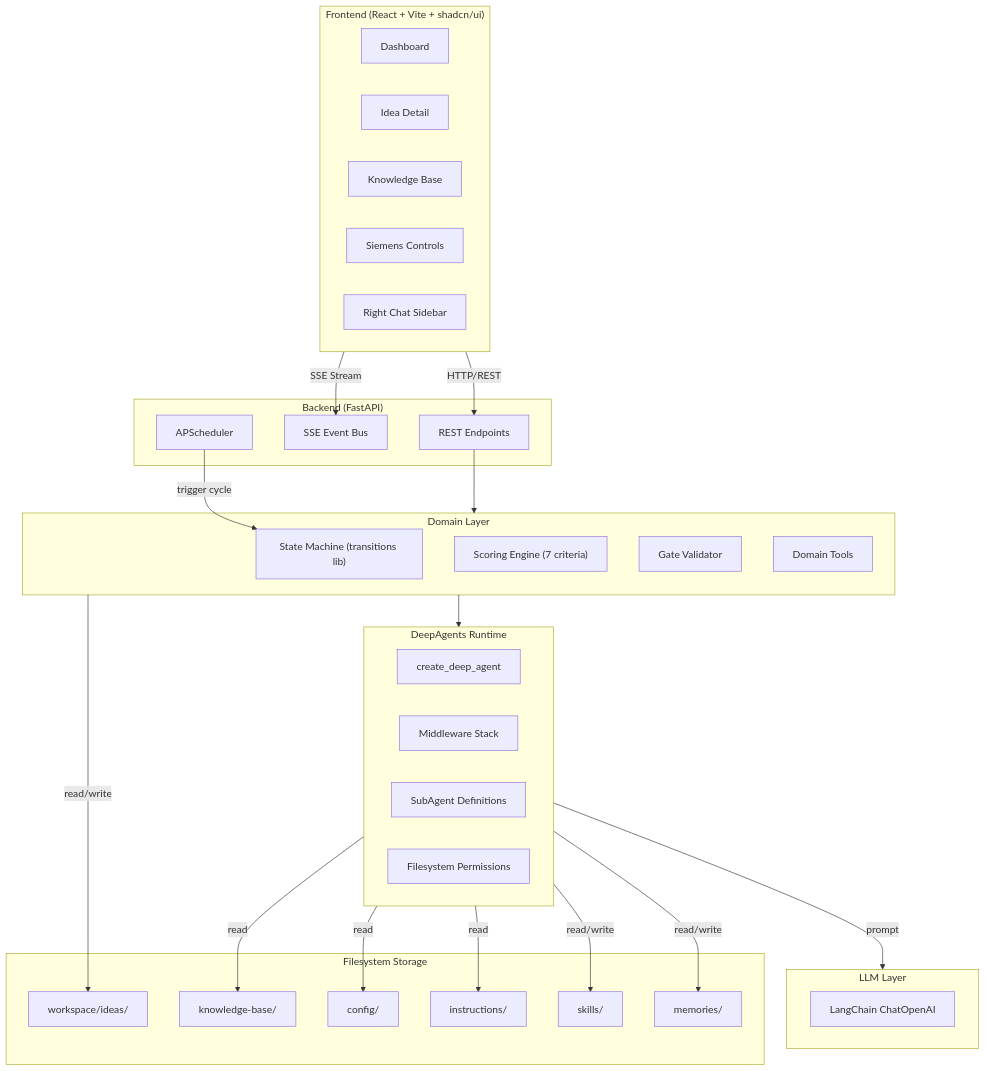
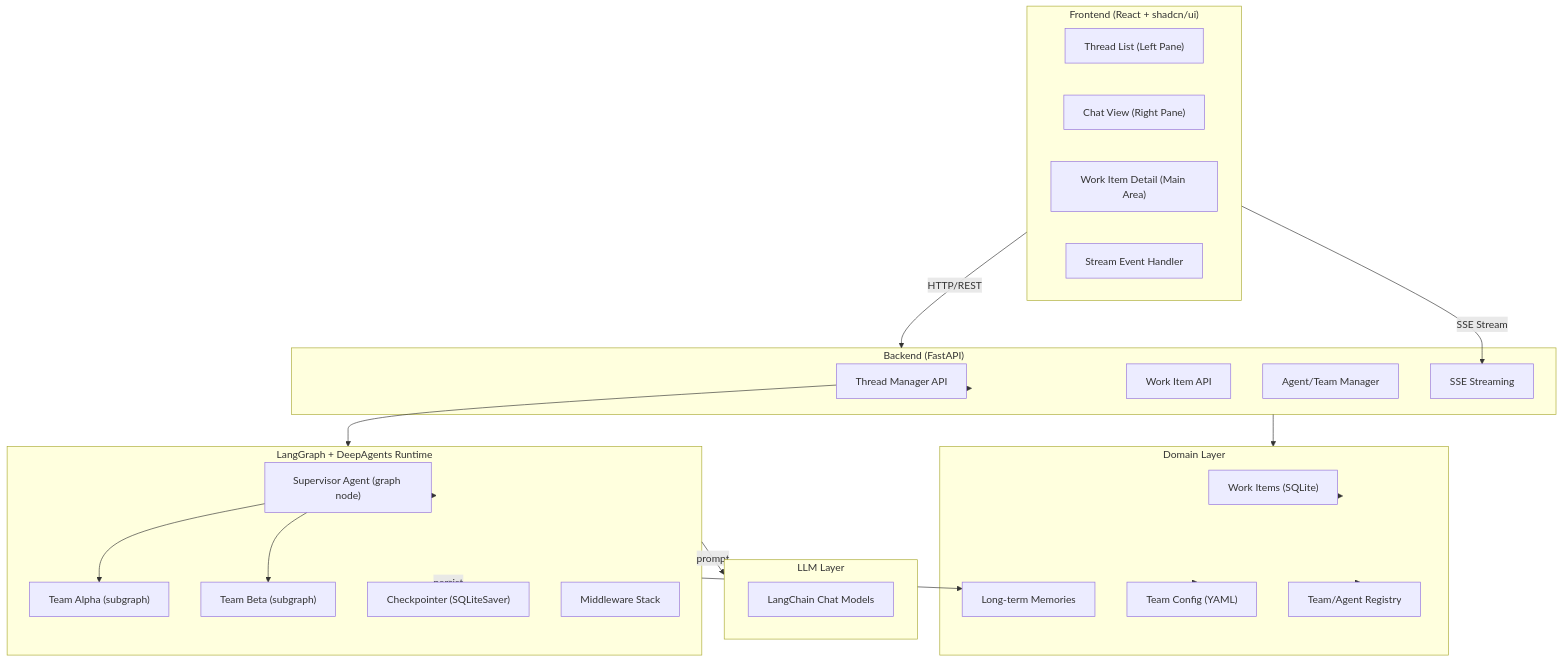
The first of 2 diagrams in docs/architecture.md (azharameen/group-run), drawn with Mermaid before and after one commit. The commit also changed other lines of this file and 2199 other files, not shown here.

````diff
--- a/docs/architecture.md
+++ b/docs/architecture.md
@@ -21,56 +33,50 @@
 ```mermaid
 graph TB
-    subgraph Frontend["Frontend (React + Vite + shadcn/ui)"]
-        Dashboard["Dashboard"]
-        IdeaDetail["Idea Detail"]
-        KB["Knowledge Base"]
-        SiemensCtrl["Siemens Controls"]
-        ChatSidebar["Right Chat Sidebar"]
+    subgraph Frontend["Frontend (React + shadcn/ui)"]
+        ThreadList["Thread List (Left Pane)"]
+        ChatView["Chat View (Right Pane)"]
+        WorkItemDetail["Work Item Detail (Main Area)"]
+        StreamHandler["Stream Event Handler"]
     end
 
     subgraph API["Backend (FastAPI)"]
-        REST["REST Endpoints"]
-        SSE["SSE Event Bus"]
-        Scheduler["APScheduler"]
+        ThreadAPI["Thread Manager API"]
+        WorkItemAPI["Work Item API"]
+        AgentTeamAPI["Agent/Team Manager"]
+        SSE["SSE Streaming"]
     end
 
-    subgraph Runtime["DeepAgents Runtime"]
-        DA["create_deep_agent"]
-        MW["Middleware Stack"]
-        SubAgents["SubAgent Definitions"]
-        Permissions["Filesystem Permissions"]
+    subgraph Graph["LangGraph + DeepAgents Runtime"]
+        Supervisor["Supervisor Agent (graph node)"]
+        TeamAlpha["Team Alpha (subgraph)"]
+        TeamBeta["Team Beta (subgraph)"]
+        Checkpointer["Checkpointer (SQLiteSaver)"]
+        Middleware["Middleware Stack"]
     end
 
     subgraph Domain["Domain Layer"]
-        FSM["State Machine (transitions lib)"]
-        Scoring["Scoring Engine (7 criteria)"]
-        Gates["Gate Validator"]
-        Tools["Domain Tools"]
+        WorkItems["Work Items (SQLite)"]
+        Config["Team Config (YAML)"]
+        Teams["Team/Agent Registry"]
+        Memories["Long-term Memories"]
     end
 
     subgraph LLM["LLM Layer"]
-        LC["LangChain ChatOpenAI"]
+        LC["LangChain Chat Models"]
     end
 
-    subgraph Storage["Filesystem Storage"]
-        WS["workspace/ideas/"]
-        KBStore["knowledge-base/"]
-        Config["config/"]
-        Instructions["instructions/"]
-        Skills["skills/"]
-        Memories["memories/"]
-    end
-
-    Frontend -->|HTTP/REST| REST
+    Frontend -->|HTTP/REST| API
     Frontend -->|SSE Stream| SSE
-    REST --> Domain
-    Scheduler -->|trigger cycle| FSM
-    Domain --> Runtime
-    Runtime -->|prompt| LLM
-    Domain -->|read/write| WS
-    Runtime -->|read| KBStore
-    Runtime -->|read| Config
-    Runtime -->|read| Instructions
-    Runtime -->|read/write| Skills
-    Runtime -->|read/write| Memories
+    API --> ThreadAPI
+    ThreadAPI --> Graph
+    Graph --> Supervisor
+    Supervisor --> TeamAlpha
+    Supervisor --> TeamBeta
+    Graph -->|persist| Checkpointer
+    API --> Domain
+    Domain --> WorkItems
+    Domain --> Config
+    Domain --> Teams
+    Graph -->|prompt| LLM
+    Graph --> Memories
 ```
````
